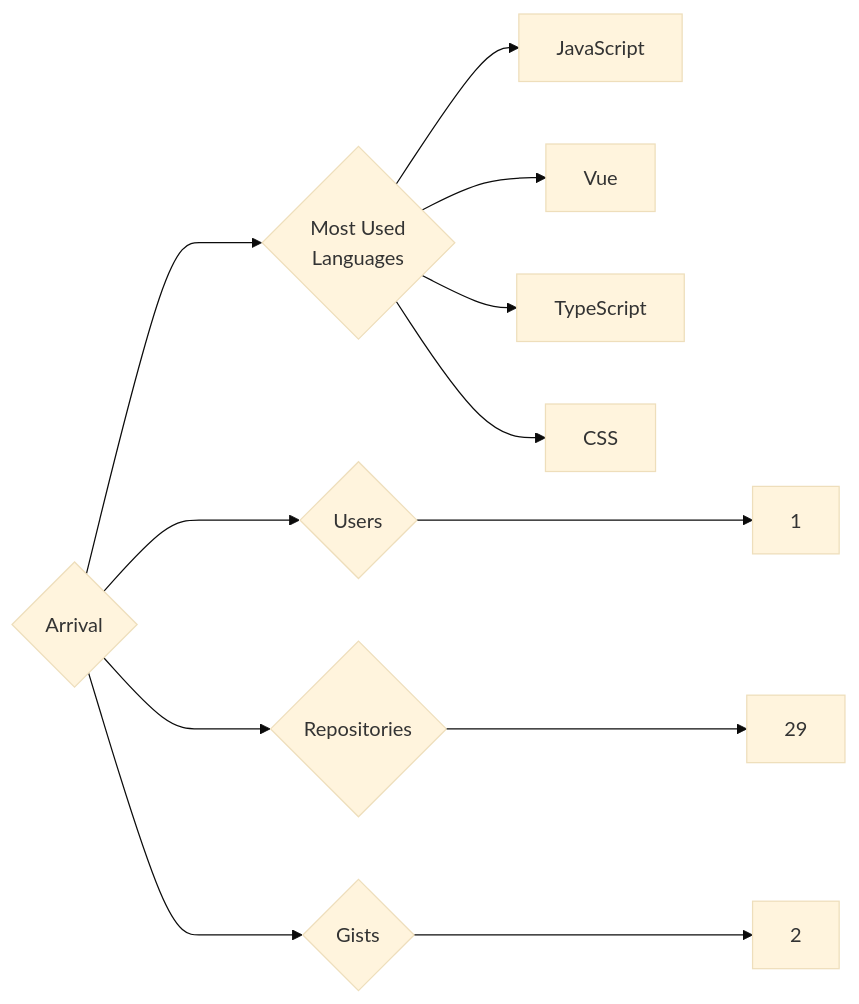
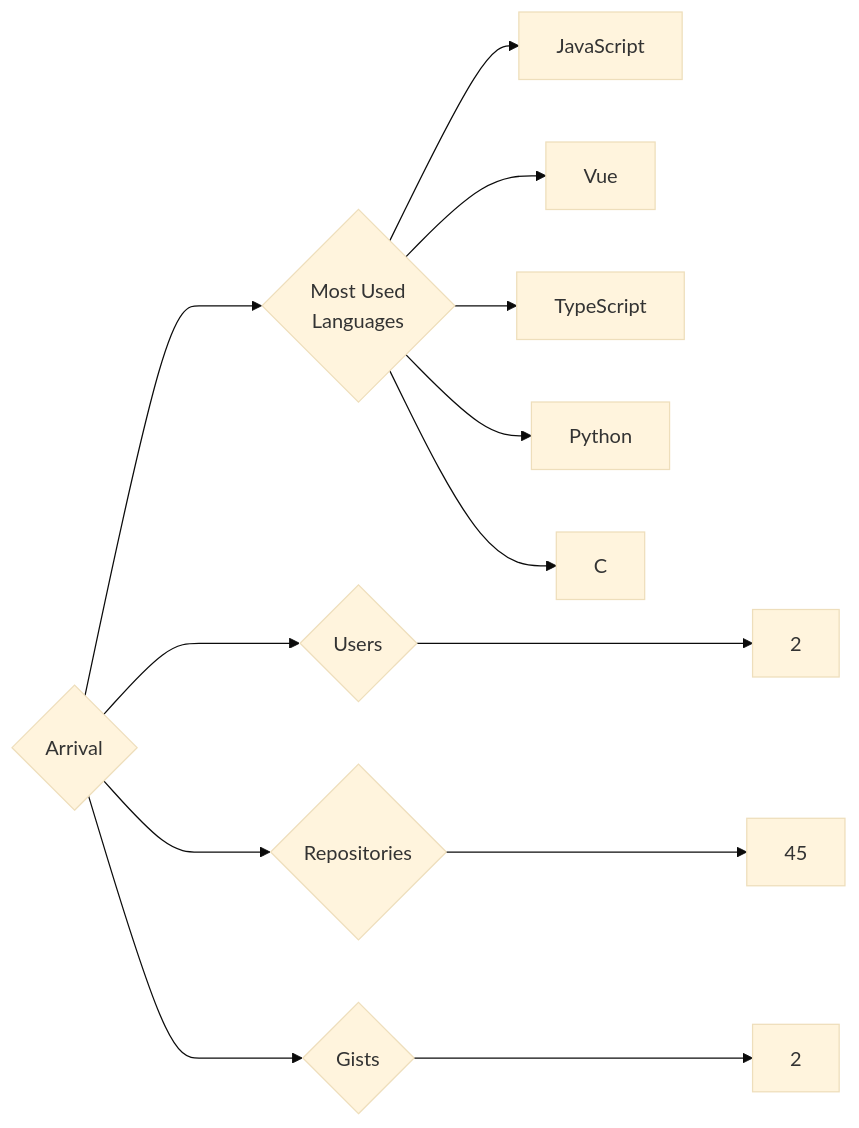
The diagram in targets/Arrival/README.md (trickest/insiders), drawn with Mermaid (base theme) before and after one commit. The commit also changed 644 other files, not shown here.

````diff
--- a/targets/Arrival/README.md
+++ b/targets/Arrival/README.md
@@ -3,12 +3,13 @@
 ```mermaid
 graph LR
 COMPANY_NAME{Arrival}
-COMPANY_NAME ---> U{Users} ---> UN[1]
-COMPANY_NAME ---> R{Repositories} ---> RN[29]
+COMPANY_NAME ---> U{Users} ---> UN[2]
+COMPANY_NAME ---> R{Repositories} ---> RN[45]
 COMPANY_NAME ---> G{Gists} ---> GN[2]
 COMPANY_NAME ---> ML{Most Used<br>Languages}
 ML --> JavaScript[JavaScript]
 ML --> Vue[Vue]
 ML --> TypeScript[TypeScript]
-ML --> CSS[CSS]
+ML --> Python[Python]
+ML --> C[C]
 ```
````
